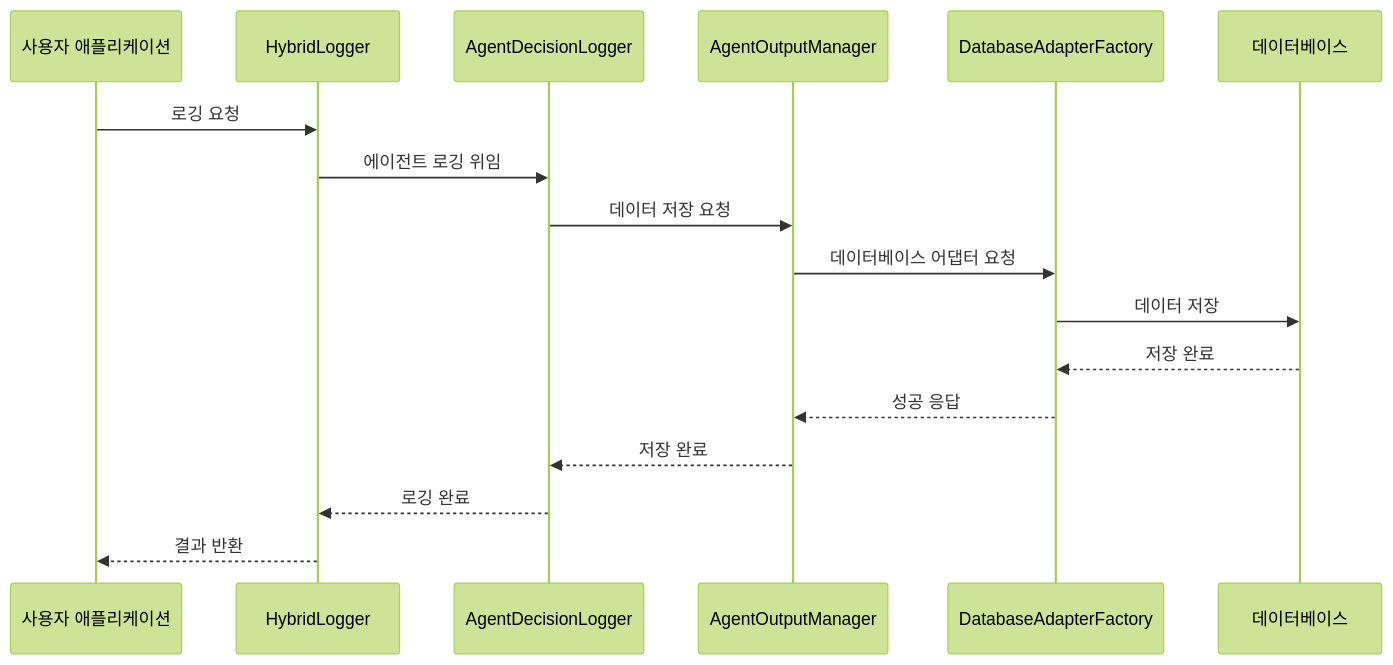
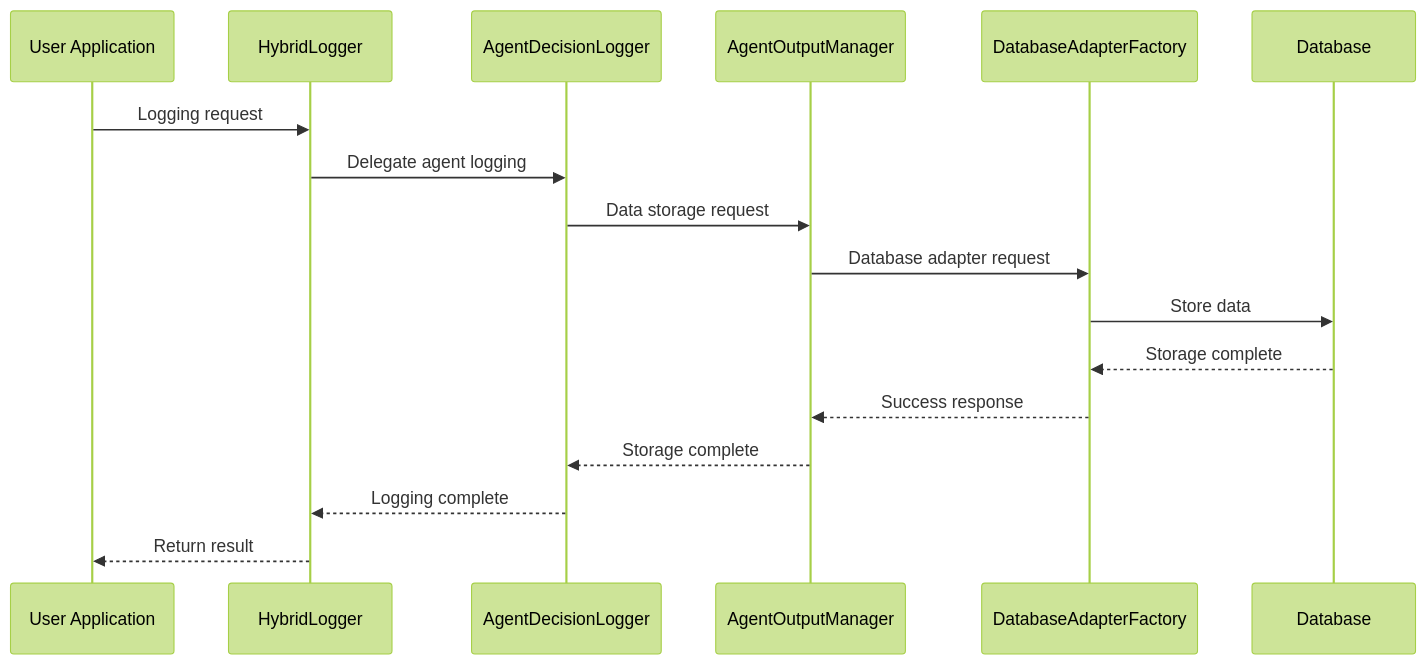
The second of 2 diagrams in README.md (weg-9000/agent-logger), drawn with Mermaid (forest theme) before and after one commit. The commit also changed other lines of this file, not shown here.

````diff
--- a/README.md
+++ b/README.md
@@ -525,20 +525,20 @@
 ```mermaid
 sequenceDiagram
-    participant User as 사용자 애플리케이션
+    participant User as User Application
     participant HL as HybridLogger
     participant ADL as AgentDecisionLogger
     participant AOM as AgentOutputManager
     participant DAF as DatabaseAdapterFactory
-    participant DB as 데이터베이스
+    participant DB as Database
 
-    User->>HL: 로깅 요청
-    HL->>ADL: 에이전트 로깅 위임
-    ADL->>AOM: 데이터 저장 요청
-    AOM->>DAF: 데이터베이스 어댑터 요청
-    DAF->>DB: 데이터 저장
-    DB-->>DAF: 저장 완료
-    DAF-->>AOM: 성공 응답
-    AOM-->>ADL: 저장 완료
-    ADL-->>HL: 로깅 완료
-    HL-->>User: 결과 반환
+    User->>HL: Logging request
+    HL->>ADL: Delegate agent logging
+    ADL->>AOM: Data storage request
+    AOM->>DAF: Database adapter request
+    DAF->>DB: Store data
+    DB-->>DAF: Storage complete
+    DAF-->>AOM: Success response
+    AOM-->>ADL: Storage complete
+    ADL-->>HL: Logging complete
+    HL-->>User: Return result
 ```
````
